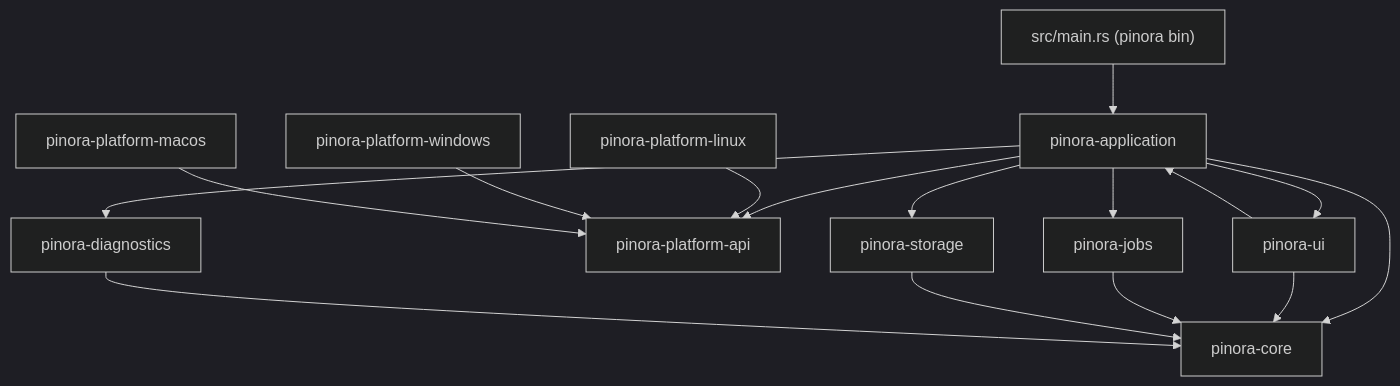
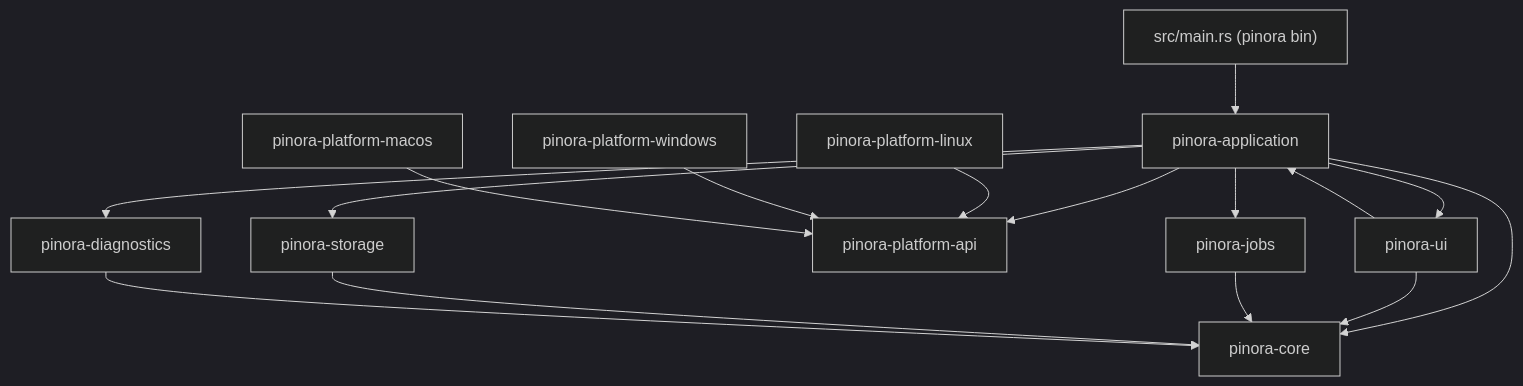
Before and after one commit to yhyzgn/pinora: diagram 22 of 23 in docs/Pinora-开发设计文档.md, drawn with Mermaid (dark theme). The commit also changed other lines of this file and 18 other files, not shown here.

````diff
--- a/docs/Pinora-开发设计文档.md
+++ b/docs/Pinora-开发设计文档.md
@@ -1165,18 +1166,18 @@
 ```mermaid
 graph TD
     Main["src/main.rs (pinora bin)"] --> App[pinora-application]
     App --> UI[pinora-ui]
     App --> Core[pinora-core]
+    App --> Storage[pinora-storage]
     App --> PlatformApi[pinora-platform-api]
     App --> Jobs[pinora-jobs]
-    App --> Storage[pinora-storage]
     App --> Diagnostics[pinora-diagnostics]
     UI --> Core
     UI --> App
     Jobs --> Core
     Storage --> Core
     Diagnostics --> Core
     PlatformLinux[pinora-platform-linux] --> PlatformApi
     PlatformWindows[pinora-platform-windows] --> PlatformApi
     PlatformMac[pinora-platform-macos] --> PlatformApi
 ```
````
